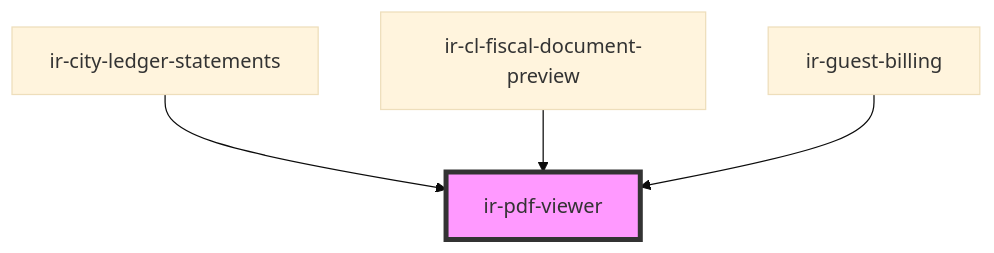
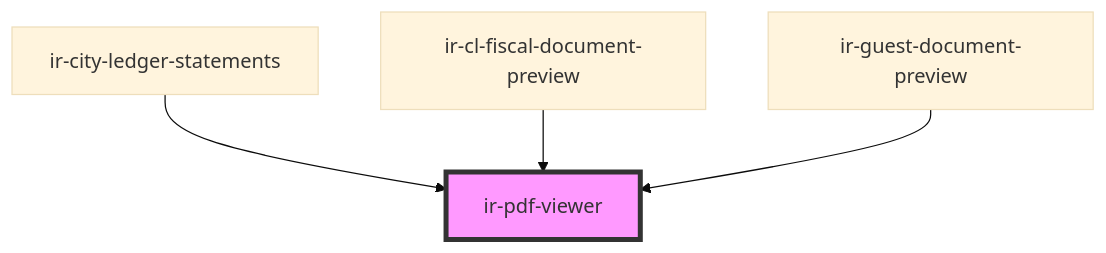
The diagram in src/components/ir-pdf-viewer/readme.md (RonyRizk/ir-webcmp), drawn with Mermaid (base theme) before and after one commit. The commit also changed other lines of this file and 115 other files, not shown here.

````diff
--- a/src/components/ir-pdf-viewer/readme.md
+++ b/src/components/ir-pdf-viewer/readme.md
@@ -25,7 +25,7 @@
 ```mermaid
 graph TD;
   ir-city-ledger-statements --> ir-pdf-viewer
   ir-cl-fiscal-document-preview --> ir-pdf-viewer
-  ir-guest-billing --> ir-pdf-viewer
+  ir-guest-document-preview --> ir-pdf-viewer
   style ir-pdf-viewer fill:#f9f,stroke:#333,stroke-width:4px
 ```
````
